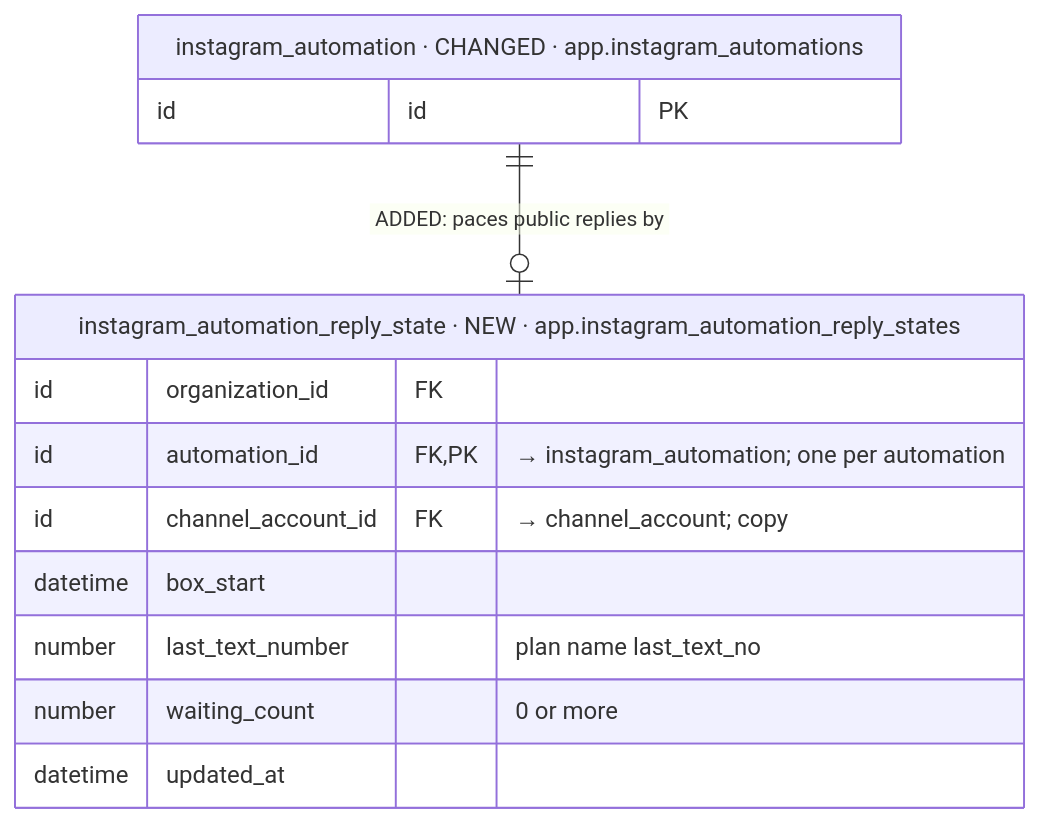
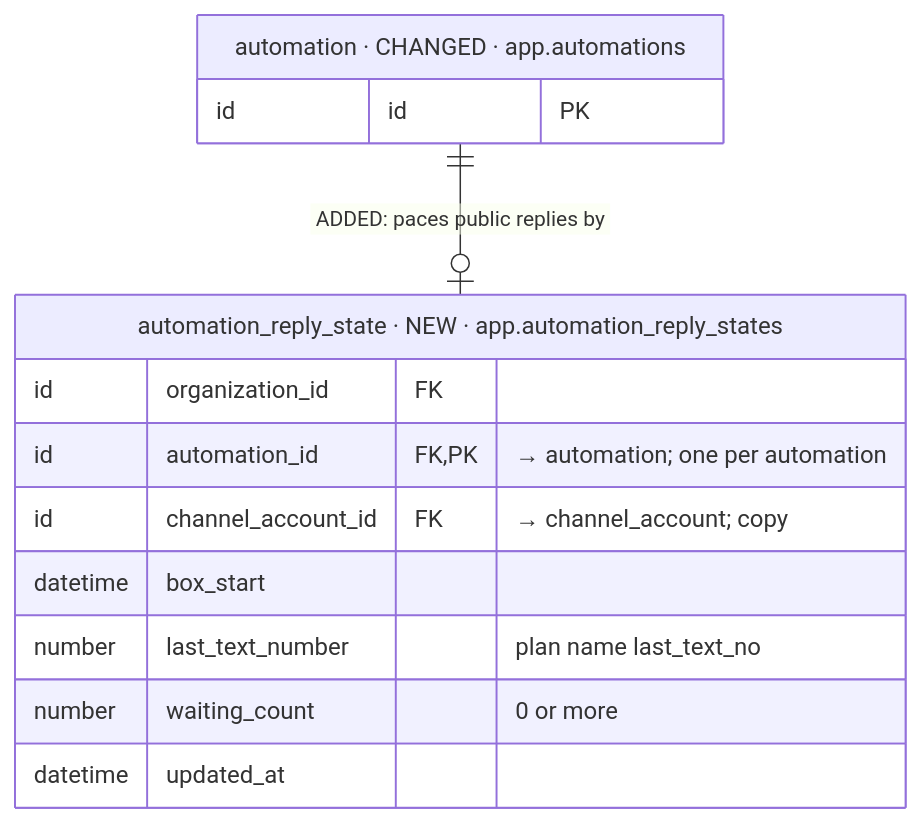
Before and after one commit to albetrios/meepzo-be: diagram 13 of 40 in iterations/feat-instagram-dm-sending-2026-11-23-oxak/plans/db-changes.md, drawn with Mermaid. The commit also changed other lines of this file and 2 other files, not shown here.

````diff
--- a/iterations/feat-instagram-dm-sending-2026-11-23-oxak/plans/db-changes.md
+++ b/iterations/feat-instagram-dm-sending-2026-11-23-oxak/plans/db-changes.md
@@ -765,16 +797,16 @@
 ```mermaid
 erDiagram
-  instagram_automation_reply_state["instagram_automation_reply_state · NEW · app.instagram_automation_reply_states"] {
+  automation_reply_state["automation_reply_state · NEW · app.automation_reply_states"] {
     id organization_id FK
-    id automation_id FK, PK "→ instagram_automation; one per automation"
+    id automation_id FK, PK "→ automation; one per automation"
     id channel_account_id FK "→ channel_account; copy"
     datetime box_start
     number last_text_number "plan name last_text_no"
     number waiting_count "0 or more"
     datetime updated_at
   }
-  instagram_automation["instagram_automation · CHANGED · app.instagram_automations"] {
+  automation["automation · CHANGED · app.automations"] {
     id id PK
   }
-  instagram_automation ||--o| instagram_automation_reply_state : "ADDED: paces public replies by"
+  automation ||--o| automation_reply_state : "ADDED: paces public replies by"
 ```
````
